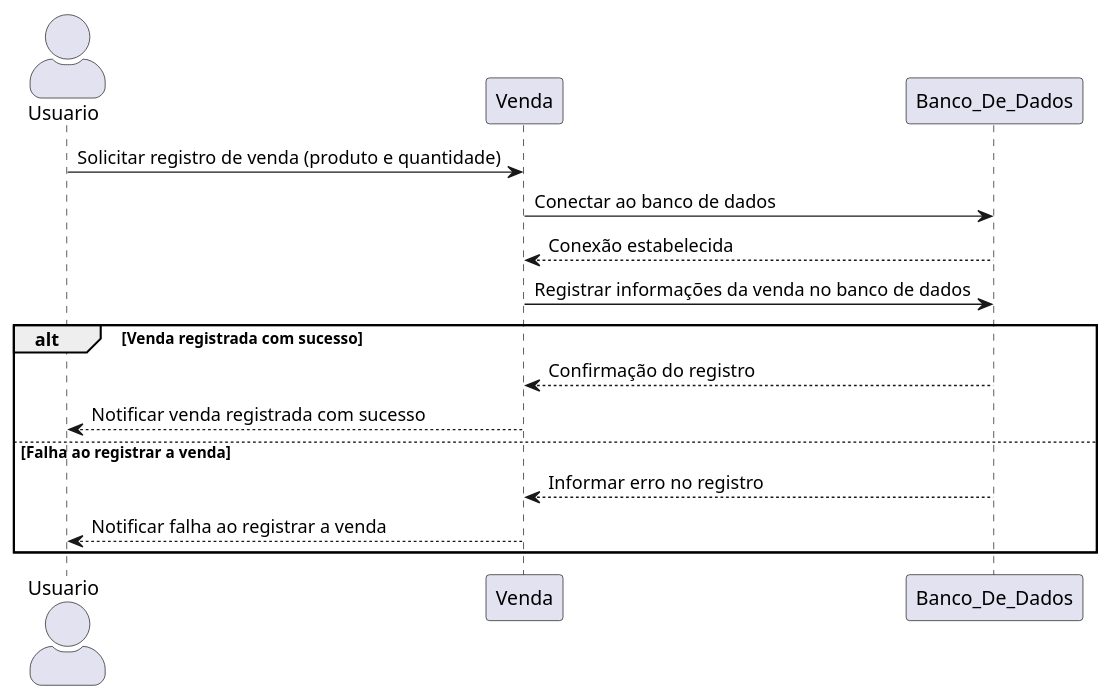
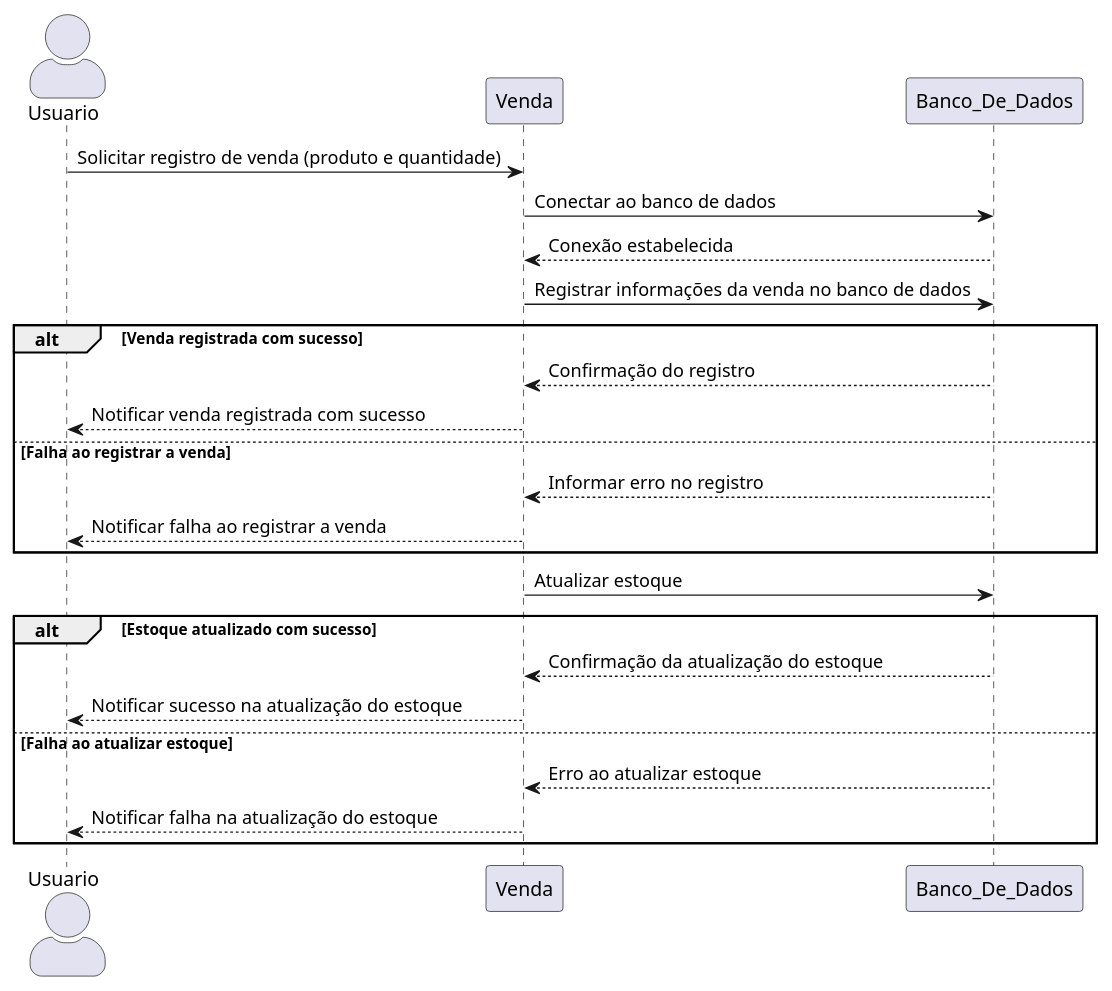
The diagram in Diagramas/Sequencia/Venda/Venda.puml (PI-2-semestre-DSM/app-acad), drawn with PlantUML before and after one commit.

```diff
--- a/Diagramas/Sequencia/Venda/Venda.puml
+++ b/Diagramas/Sequencia/Venda/Venda.puml
@@ -1,19 +1,28 @@
 @startuml
 skinparam actorStyle awesome
 actor Usuario as usuario
 participant Venda as venda
 participant Banco_De_Dados as db
 
 usuario -> venda : Solicitar registro de venda (produto e quantidade)
 venda -> db : Conectar ao banco de dados
 db --> venda : Conexão estabelecida
 
 venda -> db : Registrar informações da venda no banco de dados
 alt Venda registrada com sucesso
     db --> venda : Confirmação do registro
     venda --> usuario : Notificar venda registrada com sucesso
 else Falha ao registrar a venda
     db --> venda : Informar erro no registro
     venda --> usuario : Notificar falha ao registrar a venda
 end
+
+venda -> db : Atualizar estoque
+alt Estoque atualizado com sucesso
+    db --> venda : Confirmação da atualização do estoque
+    venda --> usuario : Notificar sucesso na atualização do estoque
+else Falha ao atualizar estoque
+    db --> venda : Erro ao atualizar estoque
+    venda --> usuario : Notificar falha na atualização do estoque
+end
 @enduml
```
